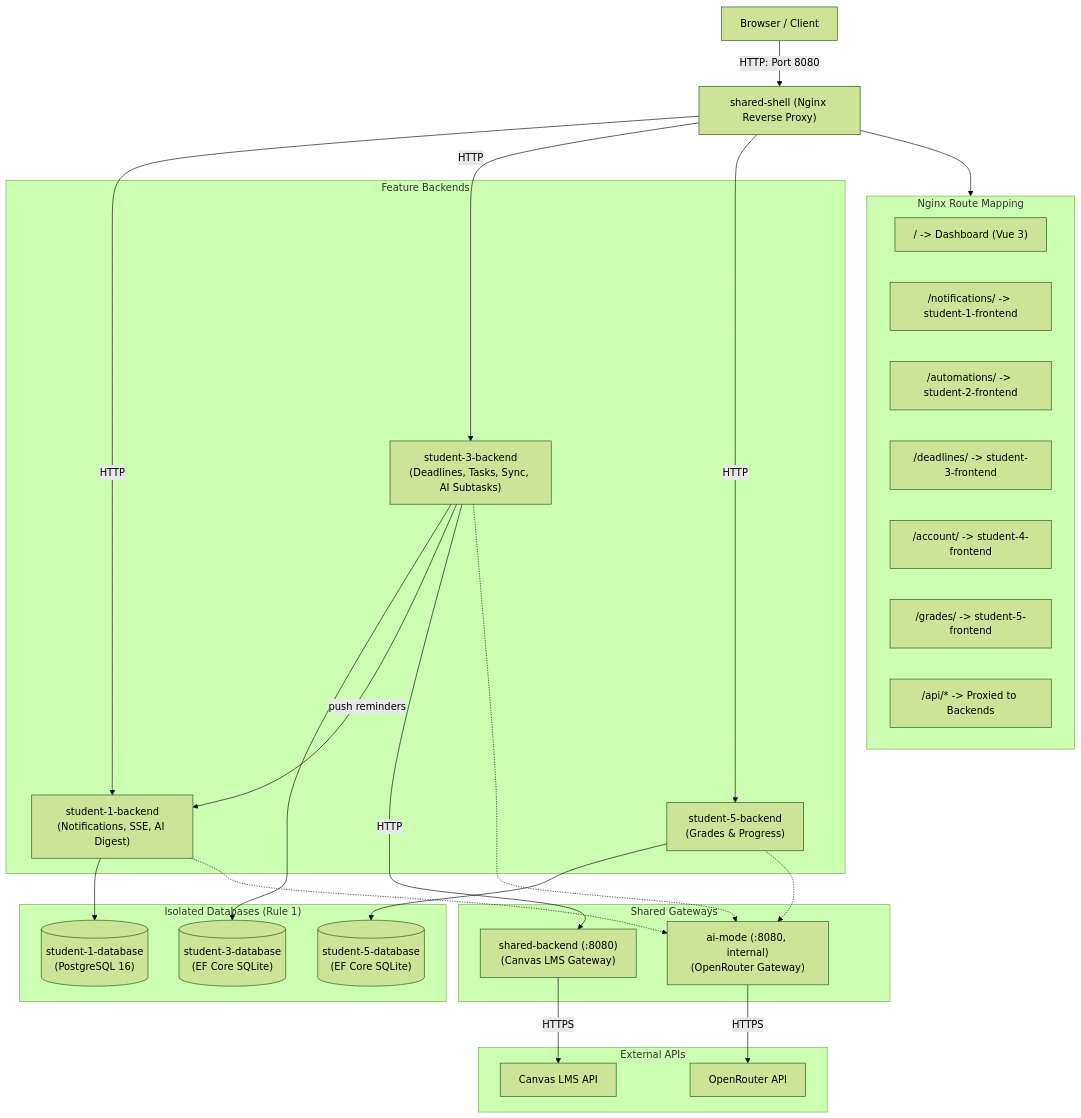
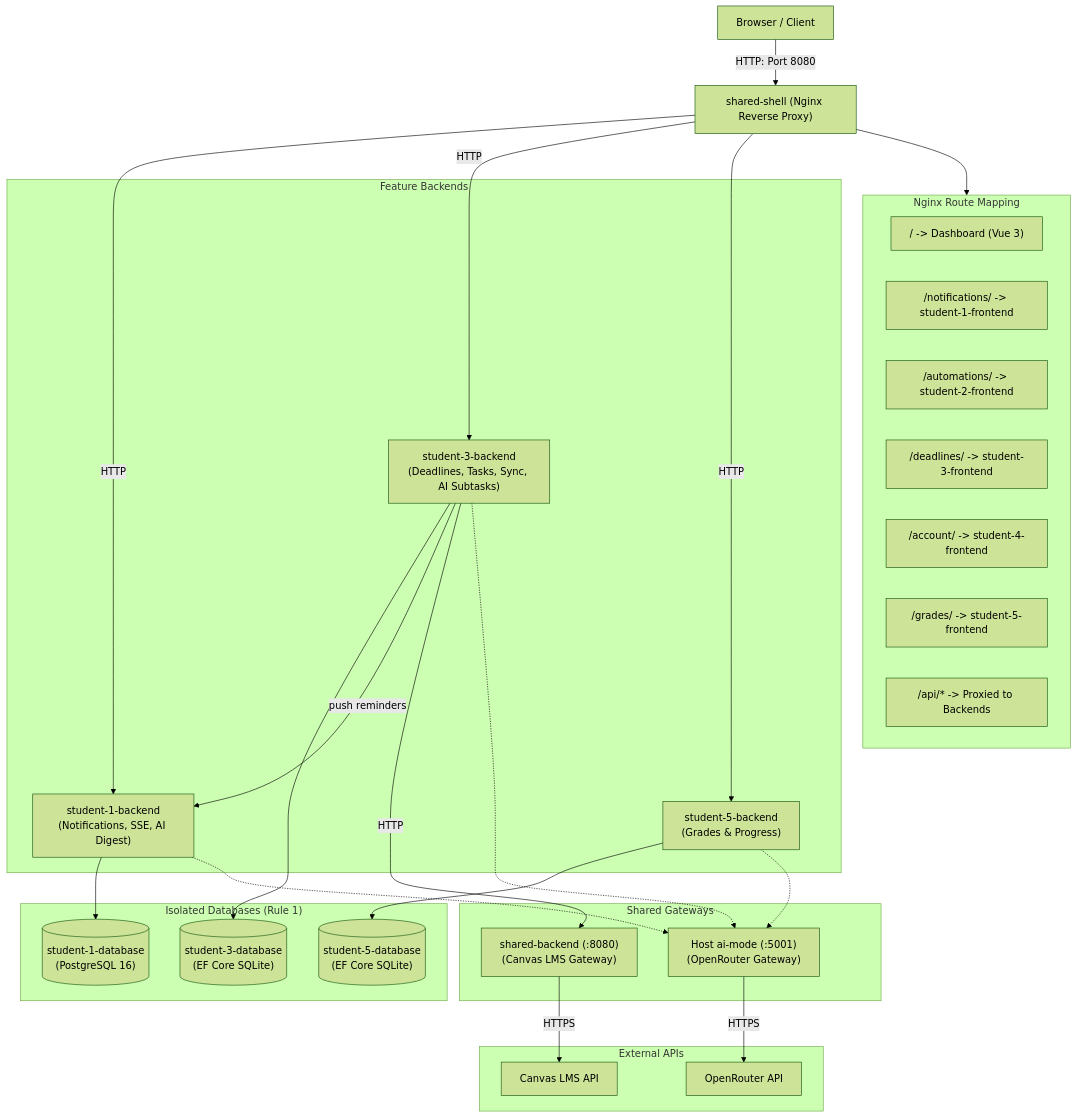
The diagram in AGENTS.md (AmAComputerNerd/41026--software-development-project), drawn with Mermaid (forest theme) before and after one commit. The commit also changed other lines of this file and 23 other files, not shown here.

````diff
--- a/AGENTS.md
+++ b/AGENTS.md
@@ -267,52 +268,52 @@
 ```mermaid
 flowchart TD
     Client["Browser / Client"] -- "HTTP: Port 8080" --> Shell["shared-shell (Nginx Reverse Proxy)"]
 
     subgraph ShellRoutes["Nginx Route Mapping"]
         R0["/ -> Dashboard (Vue 3)"]
         R1["/notifications/ -> student-1-frontend"]
         R2["/automations/ -> student-2-frontend"]
         R3["/deadlines/ -> student-3-frontend"]
         R4["/account/ -> student-4-frontend"]
         R5["/grades/ -> student-5-frontend"]
         RAPIs["/api/* -> Proxied to Backends"]
     end
 
     subgraph Services["Feature Backends"]
         S1["student-1-backend<br>(Notifications, SSE, AI Digest)"]
         S3["student-3-backend<br>(Deadlines, Tasks, Sync, AI Subtasks)"]
         S5["student-5-backend<br>(Grades & Progress)"]
     end
 
     subgraph Databases["Isolated Databases (Rule 1)"]
         DB1[("student-1-database<br>(PostgreSQL 16)")]
         DB3[("student-3-database<br>(EF Core SQLite)")]
         DB5[("student-5-database<br>(EF Core SQLite)")]
     end
 
     subgraph Gateways["Shared Gateways"]
-        AIM["ai-mode (:8080, internal)<br>(OpenRouter Gateway)"]
+        AIM["Host ai-mode (:5001)<br>(OpenRouter Gateway)"]
         SB["shared-backend (:8080)<br>(Canvas LMS Gateway)"]
     end
 
     subgraph ExternalAPIs["External APIs"]
         OpenRouter["OpenRouter API"]
         Canvas["Canvas LMS API"]
     end
 
     Shell --> ShellRoutes
     Shell -- "HTTP" --> S1 & S3 & S5
 
     S1 --> DB1
     S3 --> DB3
     S5 --> DB5
 
     S3 -- "push reminders" --> S1
     S3 -- "HTTP" --> SB
     S1 -.-> AIM
     S3 -.-> AIM
     S5 -.-> AIM
 
     AIM -- "HTTPS" --> OpenRouter
     SB -- "HTTPS" --> Canvas
 ```
````
